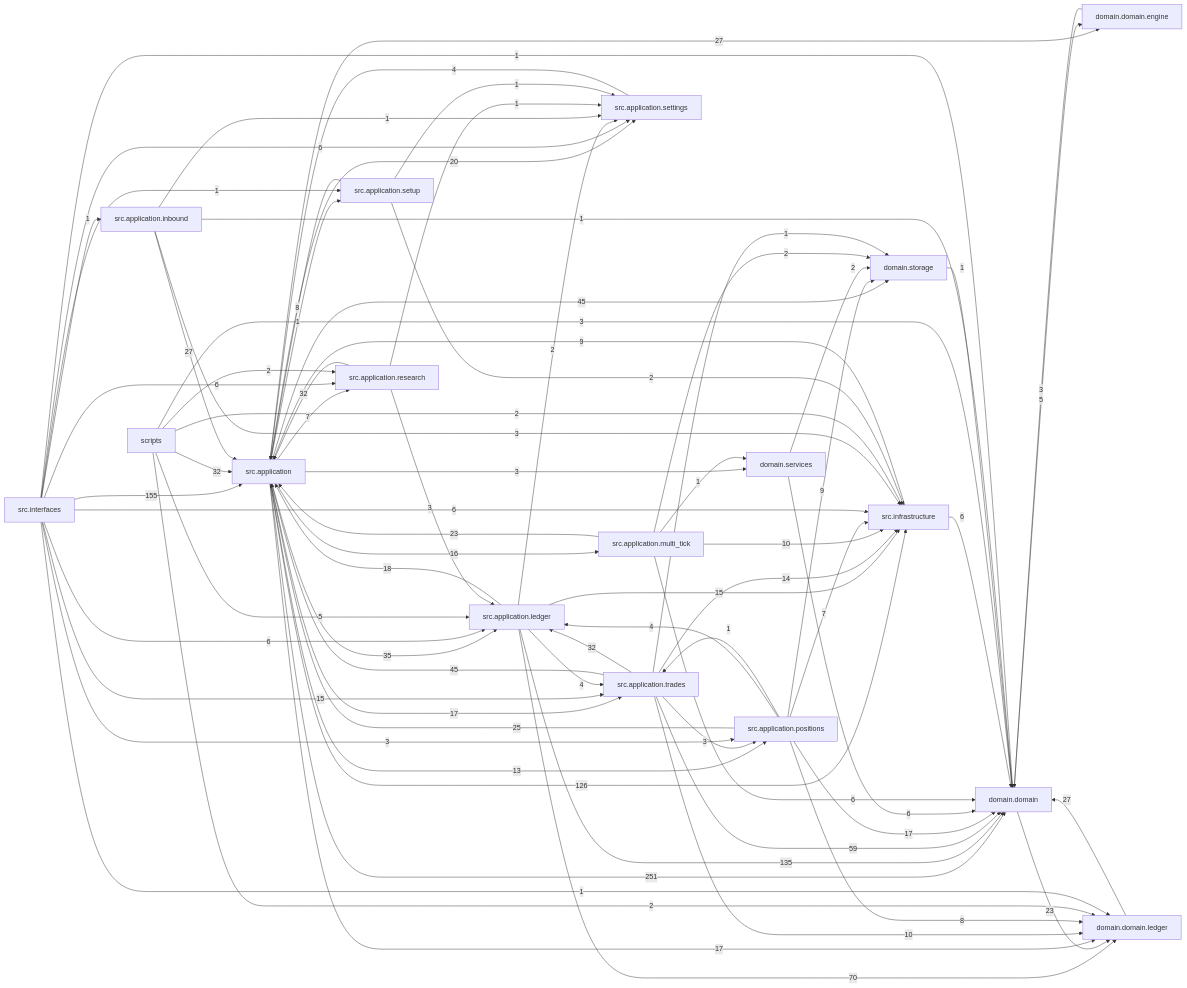
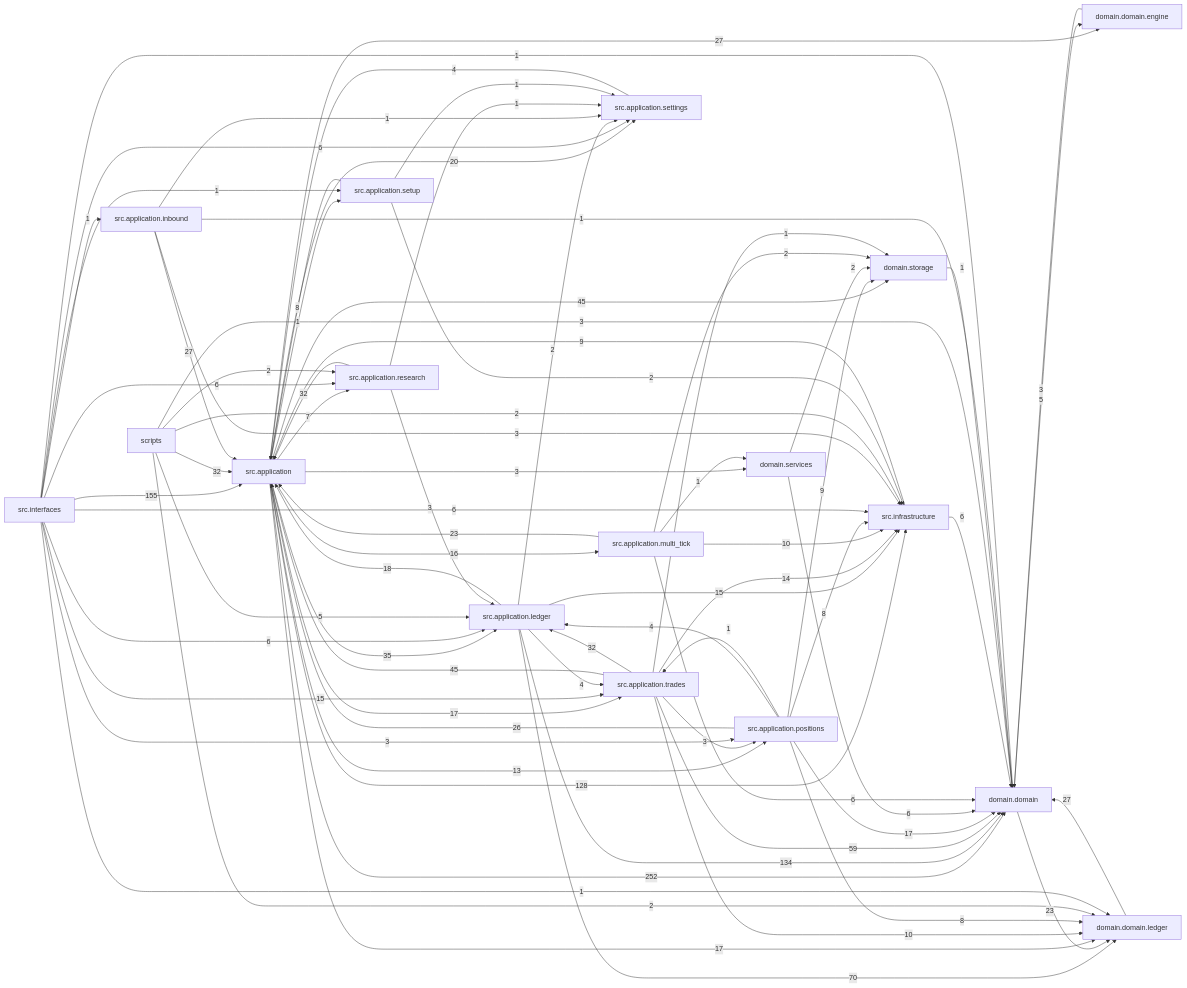
The diagram in docs/dependency_graph.mmd (liuxie066/options-monitor), drawn with Mermaid before and after one commit. The commit also changed 36 other files, not shown here.

```diff
--- a/docs/dependency_graph.mmd
+++ b/docs/dependency_graph.mmd
@@ -1,76 +1,76 @@
 flowchart LR
-  src_application["src.application"] -->|251| domain_domain["domain.domain"]
+  src_application["src.application"] -->|252| domain_domain["domain.domain"]
   src_interfaces["src.interfaces"] -->|155| src_application["src.application"]
-  src_application_ledger["src.application.ledger"] -->|135| domain_domain["domain.domain"]
-  src_application["src.application"] -->|126| src_infrastructure["src.infrastructure"]
+  src_application_ledger["src.application.ledger"] -->|134| domain_domain["domain.domain"]
+  src_application["src.application"] -->|128| src_infrastructure["src.infrastructure"]
   src_application_ledger["src.application.ledger"] -->|70| domain_domain_ledger["domain.domain.ledger"]
   src_application_trades["src.application.trades"] -->|59| domain_domain["domain.domain"]
   src_application["src.application"] -->|45| domain_storage["domain.storage"]
   src_application_trades["src.application.trades"] -->|45| src_application["src.application"]
   src_application["src.application"] -->|35| src_application_ledger["src.application.ledger"]
   scripts["scripts"] -->|32| src_application["src.application"]
   src_application_research["src.application.research"] -->|32| src_application["src.application"]
   src_application_trades["src.application.trades"] -->|32| src_application_ledger["src.application.ledger"]
   domain_domain_ledger["domain.domain.ledger"] -->|27| domain_domain["domain.domain"]
   src_application["src.application"] -->|27| domain_domain_engine["domain.domain.engine"]
   src_application_inbound["src.application.inbound"] -->|27| src_application["src.application"]
-  src_application_positions["src.application.positions"] -->|25| src_application["src.application"]
+  src_application_positions["src.application.positions"] -->|26| src_application["src.application"]
   domain_domain["domain.domain"] -->|23| domain_domain_ledger["domain.domain.ledger"]
   src_application_multi_tick["src.application.multi_tick"] -->|23| src_application["src.application"]
   src_application["src.application"] -->|20| src_application_settings["src.application.settings"]
   src_application_ledger["src.application.ledger"] -->|18| src_application["src.application"]
   src_application["src.application"] -->|17| domain_domain_ledger["domain.domain.ledger"]
   src_application["src.application"] -->|17| src_application_trades["src.application.trades"]
   src_application_positions["src.application.positions"] -->|17| domain_domain["domain.domain"]
   src_application["src.application"] -->|16| src_application_multi_tick["src.application.multi_tick"]
   src_application_ledger["src.application.ledger"] -->|15| src_infrastructure["src.infrastructure"]
   src_interfaces["src.interfaces"] -->|15| src_application_trades["src.application.trades"]
   src_application_trades["src.application.trades"] -->|14| src_infrastructure["src.infrastructure"]
   src_application["src.application"] -->|13| src_application_positions["src.application.positions"]
   src_application_multi_tick["src.application.multi_tick"] -->|10| src_infrastructure["src.infrastructure"]
   src_application_trades["src.application.trades"] -->|10| domain_domain_ledger["domain.domain.ledger"]
   src_application_positions["src.application.positions"] -->|9| domain_storage["domain.storage"]
   src_infrastructure["src.infrastructure"] -->|9| src_application["src.application"]
   src_application_positions["src.application.positions"] -->|8| domain_domain_ledger["domain.domain.ledger"]
+  src_application_positions["src.application.positions"] -->|8| src_infrastructure["src.infrastructure"]
   src_application_setup["src.application.setup"] -->|8| src_application["src.application"]
   src_application["src.application"] -->|7| src_application_research["src.application.research"]
-  src_application_positions["src.application.positions"] -->|7| src_infrastructure["src.infrastructure"]
   domain_services["domain.services"] -->|6| domain_domain["domain.domain"]
   src_application_multi_tick["src.application.multi_tick"] -->|6| domain_domain["domain.domain"]
   src_infrastructure["src.infrastructure"] -->|6| domain_domain["domain.domain"]
   src_interfaces["src.interfaces"] -->|6| src_application_ledger["src.application.ledger"]
   src_interfaces["src.interfaces"] -->|6| src_application_research["src.application.research"]
   src_interfaces["src.interfaces"] -->|6| src_application_settings["src.application.settings"]
   src_interfaces["src.interfaces"] -->|6| src_infrastructure["src.infrastructure"]
   domain_domain["domain.domain"] -->|5| domain_domain_engine["domain.domain.engine"]
   scripts["scripts"] -->|5| src_application_ledger["src.application.ledger"]
   src_application_ledger["src.application.ledger"] -->|4| src_application_trades["src.application.trades"]
   src_application_positions["src.application.positions"] -->|4| src_application_ledger["src.application.ledger"]
   src_application_settings["src.application.settings"] -->|4| src_application["src.application"]
   domain_domain_engine["domain.domain.engine"] -->|3| domain_domain["domain.domain"]
   scripts["scripts"] -->|3| domain_domain["domain.domain"]
   src_application["src.application"] -->|3| domain_services["domain.services"]
   src_application_inbound["src.application.inbound"] -->|3| src_infrastructure["src.infrastructure"]
   src_application_research["src.application.research"] -->|3| src_application_ledger["src.application.ledger"]
   src_application_trades["src.application.trades"] -->|3| src_application_positions["src.application.positions"]
   src_interfaces["src.interfaces"] -->|3| src_application_positions["src.application.positions"]
   domain_services["domain.services"] -->|2| domain_storage["domain.storage"]
   scripts["scripts"] -->|2| domain_domain_ledger["domain.domain.ledger"]
   scripts["scripts"] -->|2| src_application_research["src.application.research"]
   scripts["scripts"] -->|2| src_infrastructure["src.infrastructure"]
   src_application_ledger["src.application.ledger"] -->|2| src_application_settings["src.application.settings"]
   src_application_multi_tick["src.application.multi_tick"] -->|2| domain_storage["domain.storage"]
   src_application_setup["src.application.setup"] -->|2| src_infrastructure["src.infrastructure"]
   domain_storage["domain.storage"] -->|1| domain_domain["domain.domain"]
   src_application["src.application"] -->|1| src_application_setup["src.application.setup"]
   src_application_inbound["src.application.inbound"] -->|1| domain_domain["domain.domain"]
   src_application_inbound["src.application.inbound"] -->|1| src_application_settings["src.application.settings"]
   src_application_multi_tick["src.application.multi_tick"] -->|1| domain_services["domain.services"]
   src_application_positions["src.application.positions"] -->|1| src_application_trades["src.application.trades"]
   src_application_research["src.application.research"] -->|1| src_application_settings["src.application.settings"]
   src_application_setup["src.application.setup"] -->|1| src_application_settings["src.application.settings"]
   src_application_trades["src.application.trades"] -->|1| domain_storage["domain.storage"]
   src_interfaces["src.interfaces"] -->|1| domain_domain["domain.domain"]
   src_interfaces["src.interfaces"] -->|1| domain_domain_ledger["domain.domain.ledger"]
   src_interfaces["src.interfaces"] -->|1| src_application_inbound["src.application.inbound"]
   src_interfaces["src.interfaces"] -->|1| src_application_setup["src.application.setup"]
```
